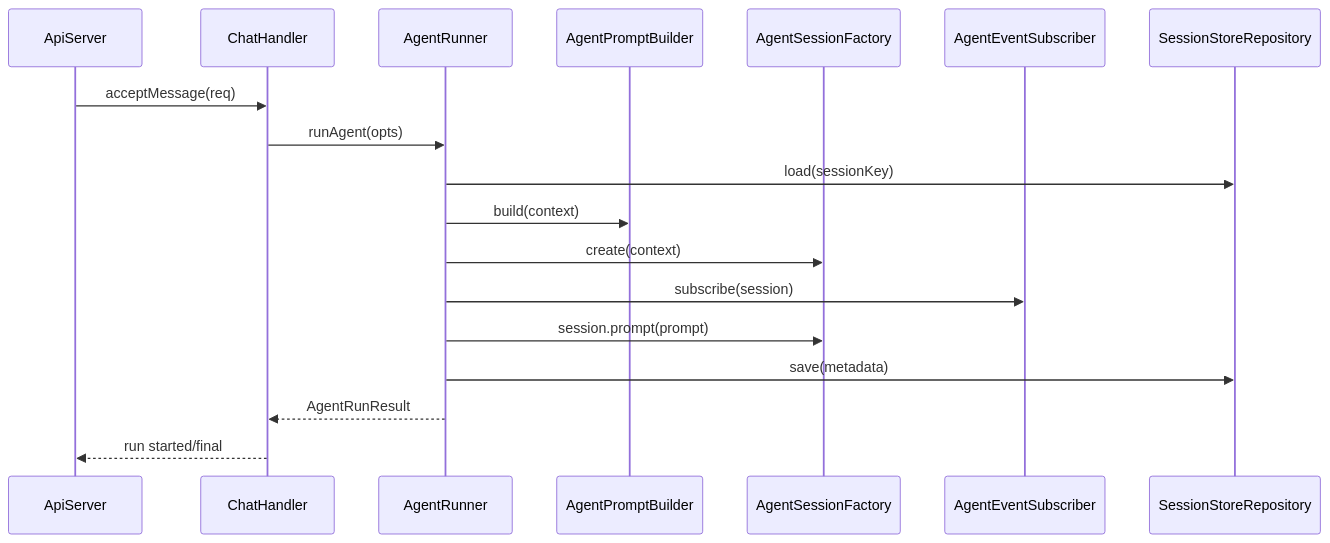
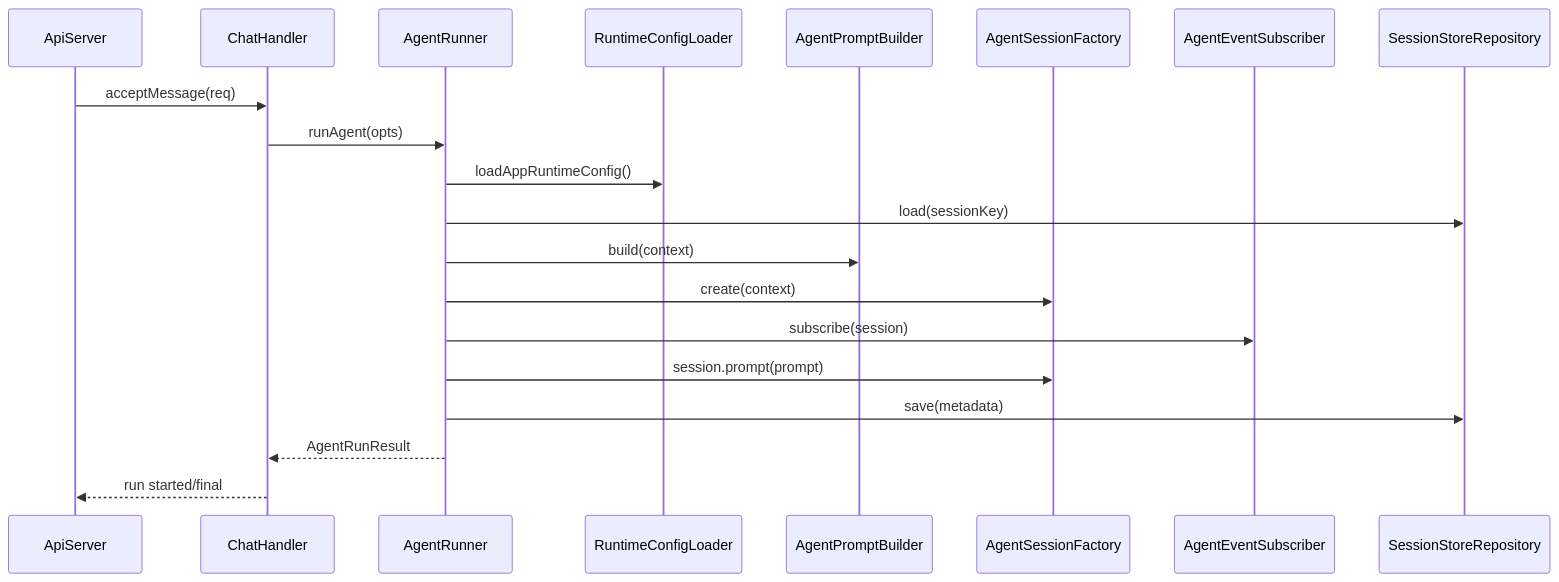
One commit to masahide/adjutant changed the second of 2 diagrams in doc/plan/260222-s01-core-refactor-solid-kiss-yagni-dry.md. Above: the diagram before and after it, drawn with Mermaid. The commit also changed other lines of this file and 21 other files, not shown here.

````diff
--- a/doc/plan/260222-s01-core-refactor-solid-kiss-yagni-dry.md
+++ b/doc/plan/260222-s01-core-refactor-solid-kiss-yagni-dry.md
@@ -288,21 +328,23 @@
 ```mermaid
 sequenceDiagram
   participant API as ApiServer
   participant CH as ChatHandler
   participant AR as AgentRunner
+  participant RC as RuntimeConfigLoader
   participant PB as AgentPromptBuilder
   participant SF as AgentSessionFactory
   participant ES as AgentEventSubscriber
   participant SS as SessionStoreRepository
 
   API->>CH: acceptMessage(req)
   CH->>AR: runAgent(opts)
+  AR->>RC: loadAppRuntimeConfig()
   AR->>SS: load(sessionKey)
   AR->>PB: build(context)
   AR->>SF: create(context)
   AR->>ES: subscribe(session)
   AR->>SF: session.prompt(prompt)
   AR->>SS: save(metadata)
   AR-->>CH: AgentRunResult
   CH-->>API: run started/final
 ```
````
